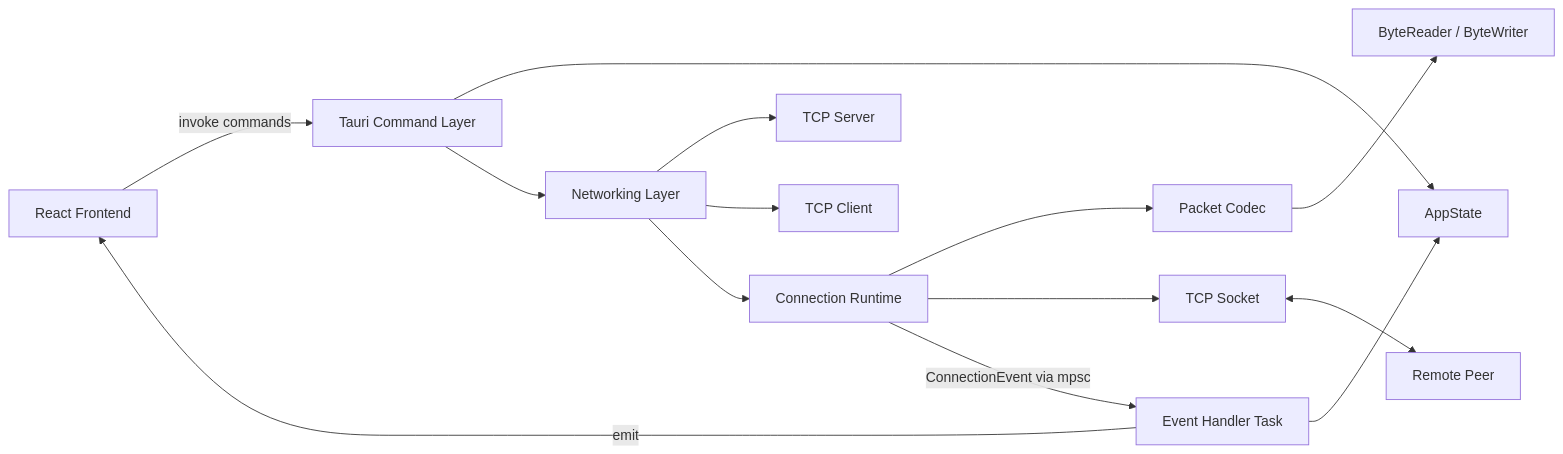
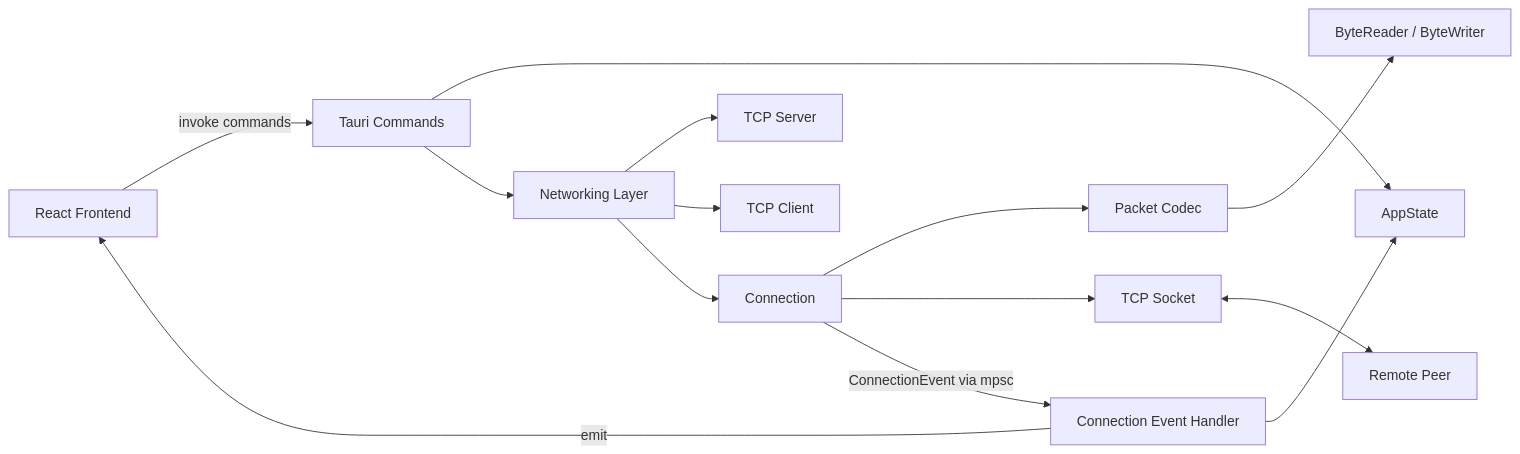
The first of 4 diagrams in PROJECT_OVERVIEW.md (Subhranil-Maity/ghostline), drawn with Mermaid before and after one commit. The commit also changed other lines of this file and 13 other files, not shown here.

````diff
--- a/PROJECT_OVERVIEW.md
+++ b/PROJECT_OVERVIEW.md
@@ -89,16 +103,16 @@
 ```mermaid
 flowchart LR
-    UI[React Frontend] -->|invoke commands| TAURI[Tauri Command Layer]
+    UI[React Frontend] -->|invoke commands| TAURI[Tauri Commands]
     TAURI --> STATE[AppState]
     TAURI --> NET[Networking Layer]
     NET --> SERVER[TCP Server]
     NET --> CLIENT[TCP Client]
-    NET --> CONN[Connection Runtime]
+    NET --> CONN[Connection]
     CONN --> CODEC[Packet Codec]
-    CODEC --> BYTES[ByteReader / ByteWriter]
+    CODEC --> BYTE[ByteReader / ByteWriter]
     CONN --> TCP[TCP Socket]
-    TCP <--> PEER[Remote Peer]
-    CONN -->|ConnectionEvent via mpsc| HANDLER[Event Handler Task]
+    TCP <--> REMOTE[Remote Peer]
+    CONN -->|ConnectionEvent via mpsc| HANDLER[Connection Event Handler]
     HANDLER --> STATE
     HANDLER -->|emit| UI
 ```
````
